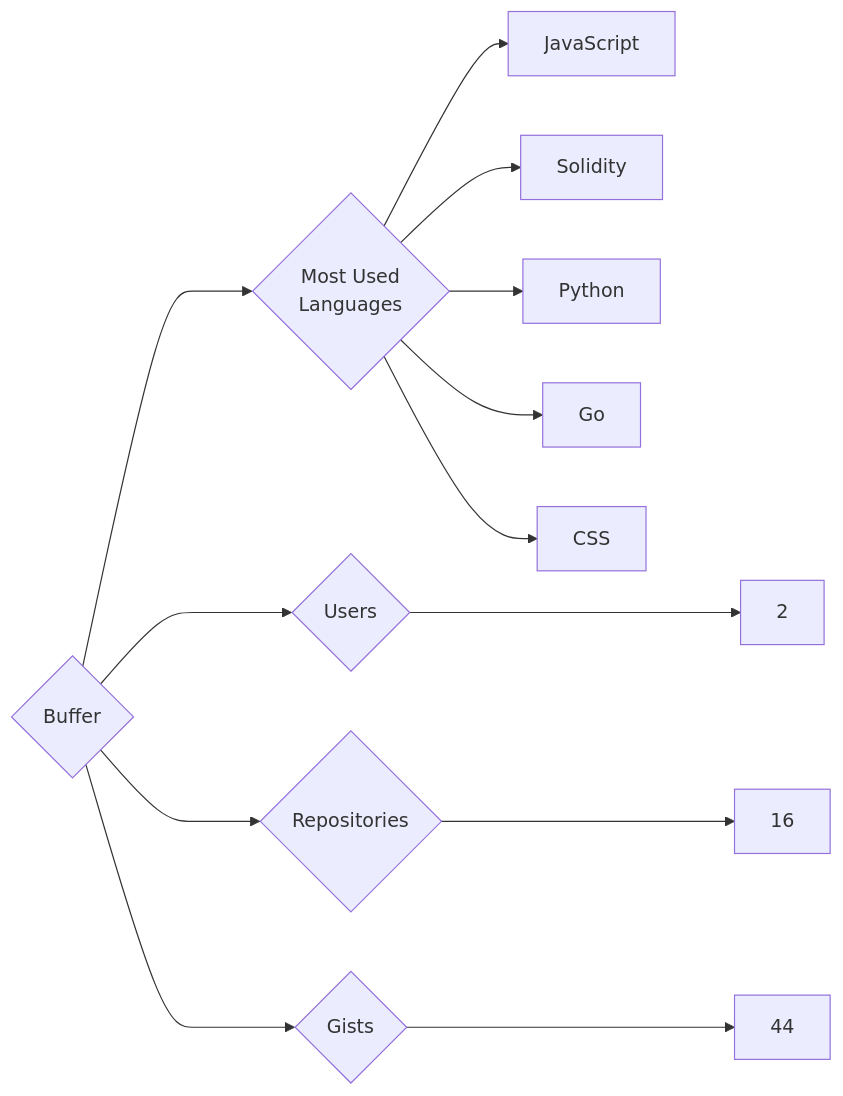
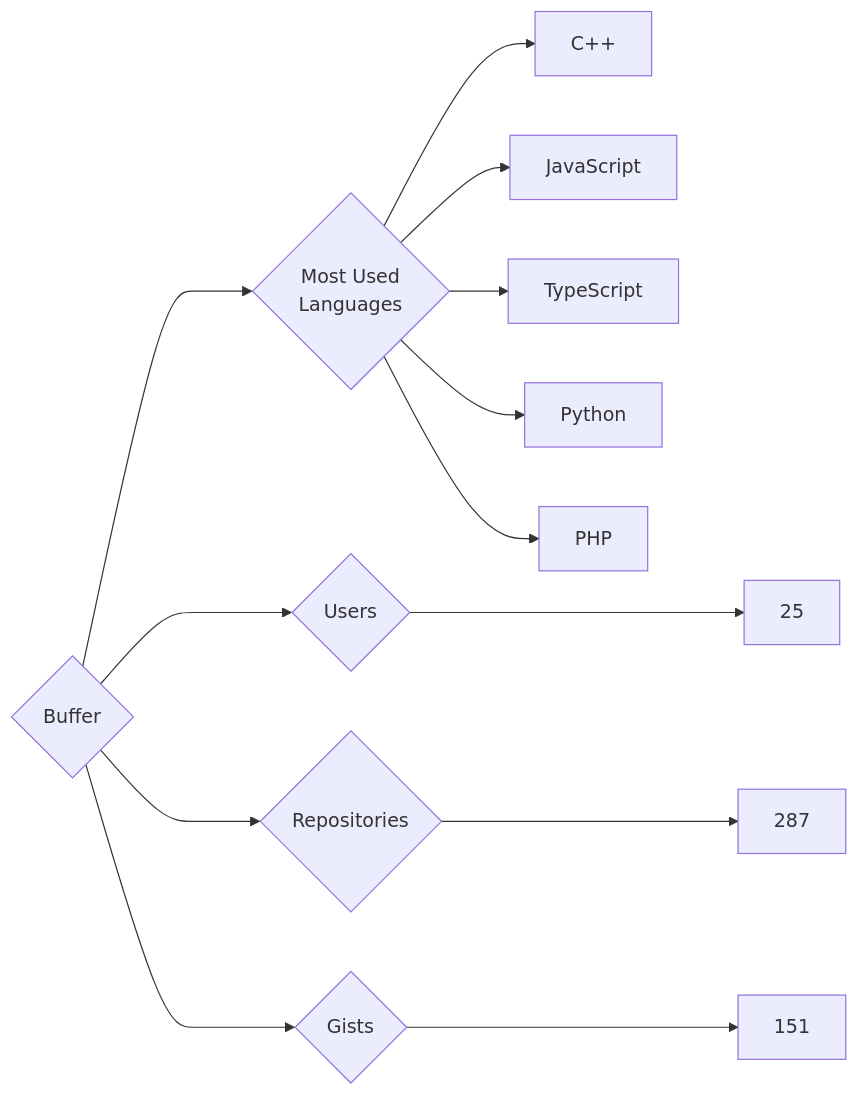
One commit to trickest/insiders changed the diagram in targets/Buffer/README.md. Above: the diagram before and after it, drawn with Mermaid. The commit also changed 682 other files, not shown here.

````diff
--- a/targets/Buffer/README.md
+++ b/targets/Buffer/README.md
@@ -3,13 +3,13 @@
 ```mermaid
 graph LR
 COMPANY_NAME{Buffer}
-COMPANY_NAME ---> U{Users} ---> UN[2]
-COMPANY_NAME ---> R{Repositories} ---> RN[16]
-COMPANY_NAME ---> G{Gists} ---> GN[44]
+COMPANY_NAME ---> U{Users} ---> UN[25]
+COMPANY_NAME ---> R{Repositories} ---> RN[287]
+COMPANY_NAME ---> G{Gists} ---> GN[151]
 COMPANY_NAME ---> ML{Most Used<br>Languages}
+ML --> C++[C++]
 ML --> JavaScript[JavaScript]
-ML --> Solidity[Solidity]
+ML --> TypeScript[TypeScript]
 ML --> Python[Python]
-ML --> Go[Go]
-ML --> CSS[CSS]
+ML --> PHP[PHP]
 ```
````
